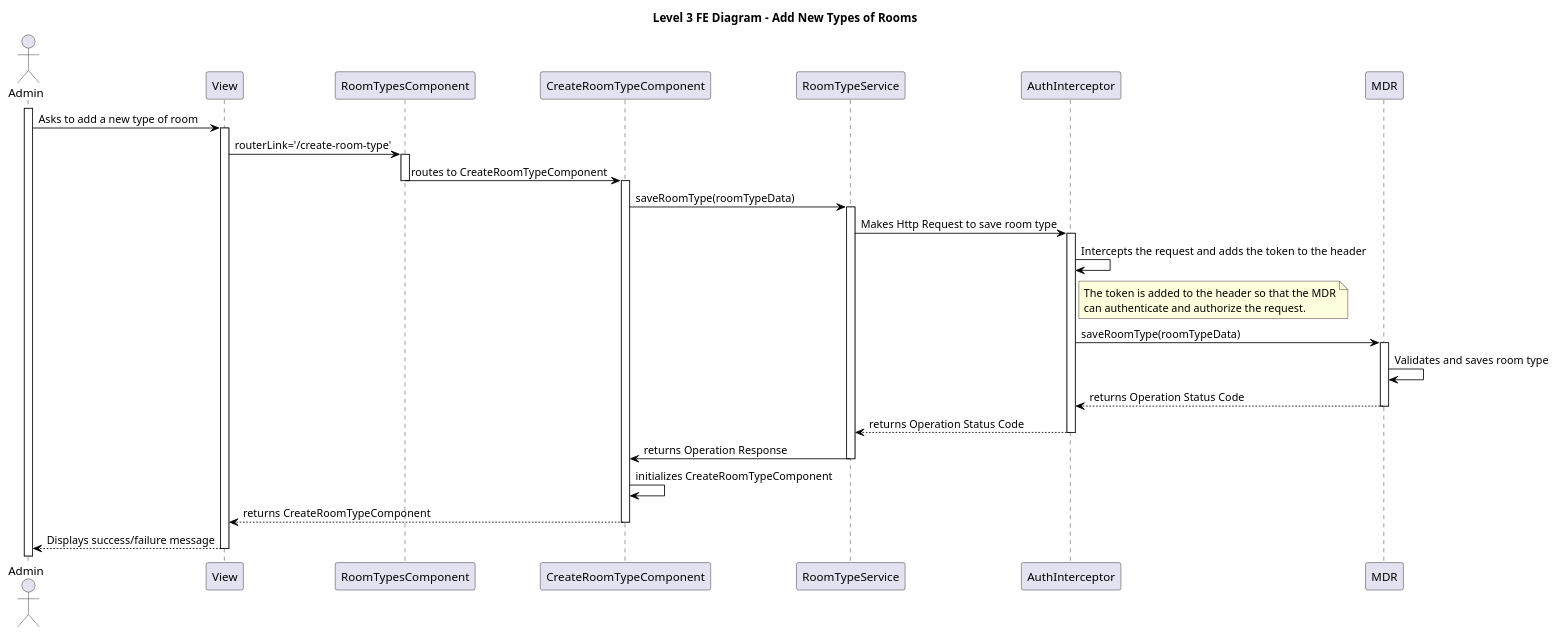
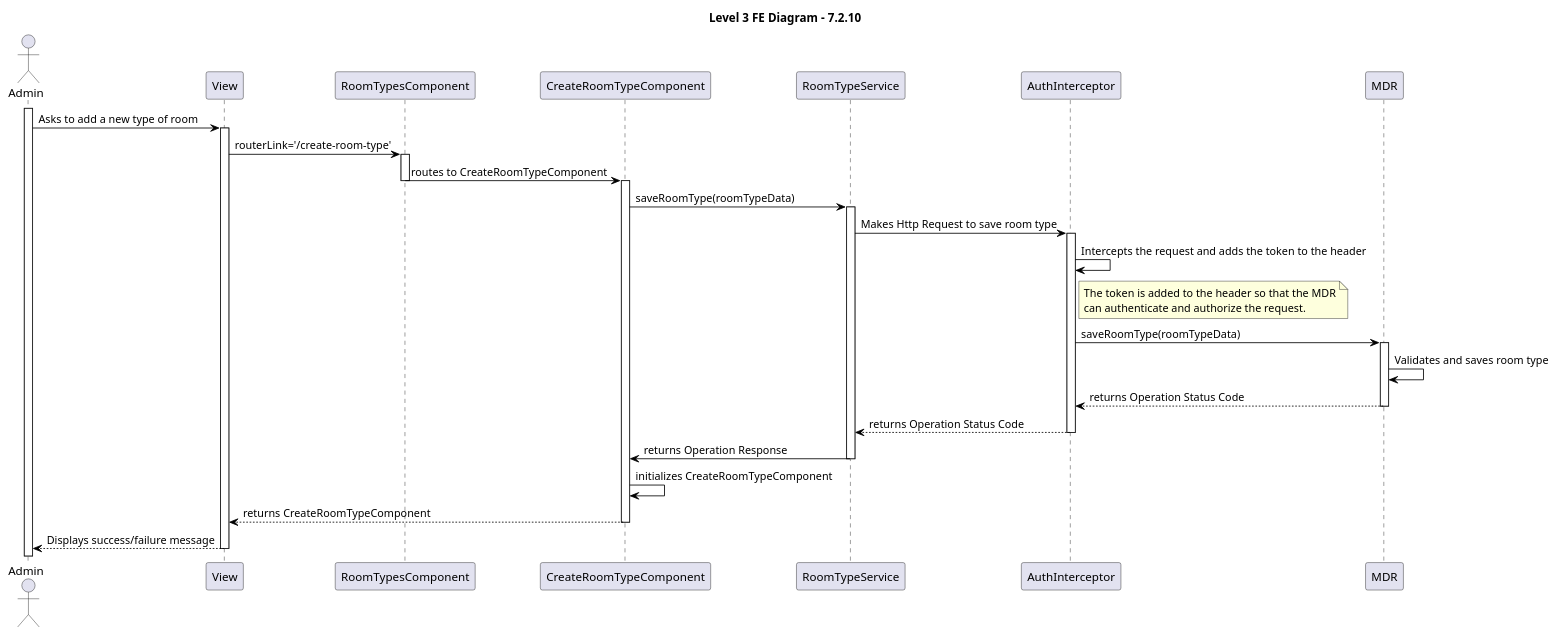
The diagram in docs/sprint_C/us_7.2.10/level_3/level_3_FE.puml (vscosousa/LAPR5_3DC_G15), drawn with PlantUML before and after one commit. The commit also changed 11 other files, not shown here.

```diff
--- a/docs/sprint_C/us_7.2.10/level_3/level_3_FE.puml
+++ b/docs/sprint_C/us_7.2.10/level_3/level_3_FE.puml
@@ -1,60 +1,60 @@
 @startuml level_3_FE
 
-title Level 3 FE Diagram - Add New Types of Rooms
+title Level 3 FE Diagram - 7.2.10
 
 hide empty members
 'skinparam Linetype ortho
 
 skinparam class {
     BackgroundColor<<valueObject>> #D6EAF8
     BackgroundColor<<root>> #FDEBD0
     BackgroundColor<<service>> #D1F2EB
     BackgroundColor #UIF9E7
     ArrowColor Black
 }
 
 skinparam package {
     BackgroundColor #EBF5FB
 }
 
 actor Admin as A
 participant View as UI
 participant "RoomTypesComponent" as RTC
 participant "CreateRoomTypeComponent" as CRTC
 participant "RoomTypeService" as RTS
 participant "AuthInterceptor" as AI
 participant MDR as MDR
 
 activate A
 A -> UI: Asks to add a new type of room
 activate UI
 UI -> RTC: routerLink='/create-room-type'
 activate RTC
 RTC -> CRTC: routes to CreateRoomTypeComponent
 deactivate RTC
 activate CRTC
 CRTC -> RTS: saveRoomType(roomTypeData)
 activate RTS
 RTS -> AI: Makes Http Request to save room type
 activate AI
 AI -> AI: Intercepts the request and adds the token to the header
 note right of AI
     The token is added to the header so that the MDR
     can authenticate and authorize the request.
 end note
 AI -> MDR: saveRoomType(roomTypeData)
 activate MDR
 MDR -> MDR: Validates and saves room type
 MDR --> AI: returns Operation Status Code
 deactivate MDR
 AI --> RTS: returns Operation Status Code
 deactivate AI
 RTS -> CRTC: returns Operation Response
 deactivate RTS
 CRTC -> CRTC: initializes CreateRoomTypeComponent
 CRTC --> UI: returns CreateRoomTypeComponent
 deactivate CRTC
 UI --> A: Displays success/failure message
 deactivate UI
 
 @enduml
```
